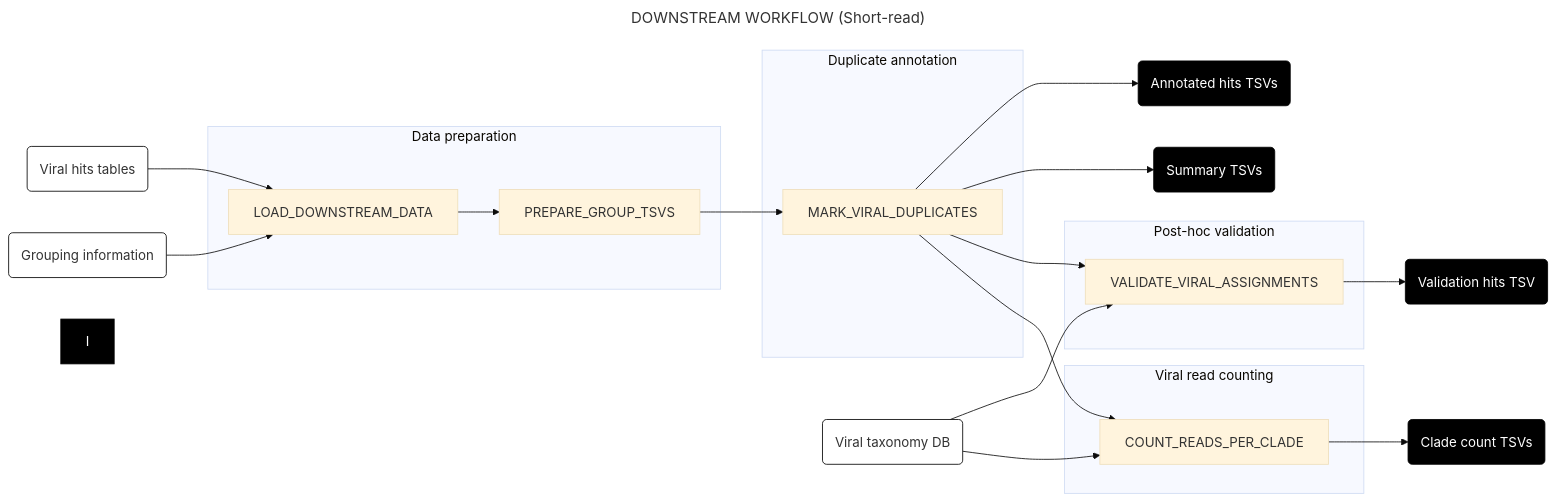
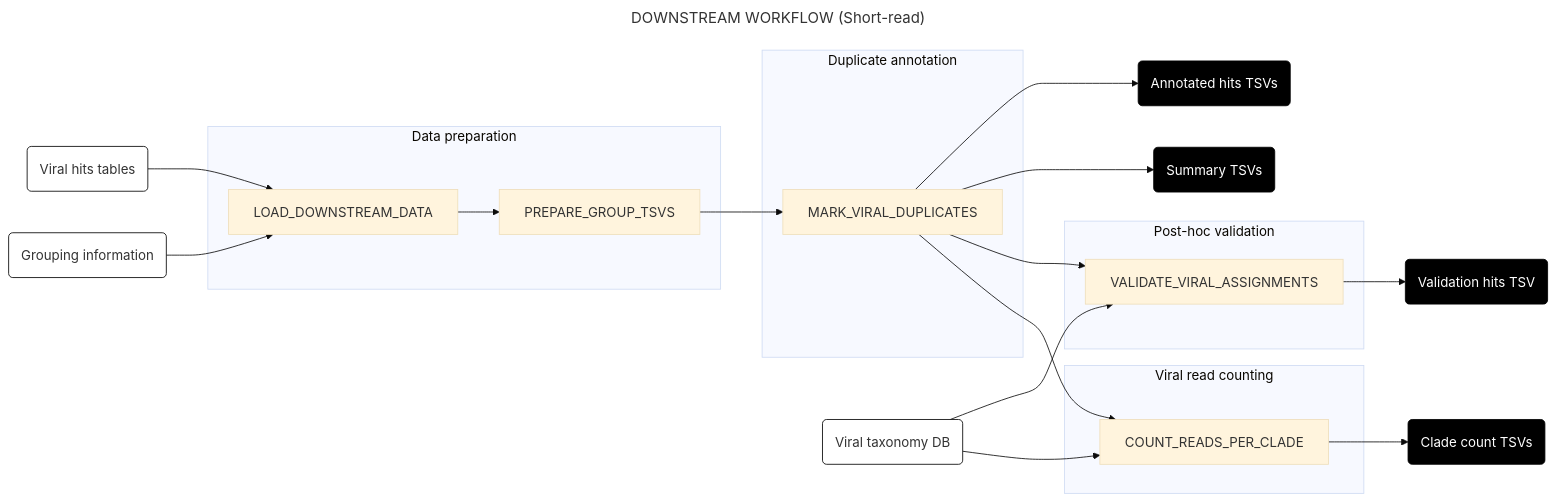
One commit to securebio/nao-mgs-workflow changed the first of 10 diagrams in docs/downstream.md. Above: the diagram before and after it, drawn with Mermaid (base theme). The commit also changed other lines of this file and 2 other files, not shown here.

Commit message:
minor fixes.

````diff
--- a/docs/downstream.md
+++ b/docs/downstream.md
@@ -15,40 +15,39 @@
 ```mermaid
 ---
 title: DOWNSTREAM WORKFLOW (Short-read)
 config:
   layout: horizontal
 ---
 flowchart LR
 A(Viral hits tables) & B(Grouping information) --> C[LOAD_DOWNSTREAM_DATA]
 C --> D[PREPARE_GROUP_TSVS]
 D --> E[MARK_VIRAL_DUPLICATES]
 E --> J(Annotated hits TSVs)
 E --> K(Summary TSVs)
 E --> F[VALIDATE_VIRAL_ASSIGNMENTS]
 G(Viral taxonomy DB) --> F
 F --> H(Validation hits TSV)
 G --> L[COUNT_READS_PER_CLADE]
 E --> L
 L --> M(Clade count TSVs)
 subgraph "Data preparation"
 C
 D
 end
 subgraph "Duplicate annotation"
 E
 end
 subgraph "Post-hoc validation"
 F
 end
 subgraph "Viral read counting"
 L
 end
 style A fill:#fff,stroke:#000
 style B fill:#fff,stroke:#000
 style G fill:#fff,stroke:#000
 style H fill:#000,color:#fff,stroke:#000
-style I fill:#000,color:#fff,stroke:#000
 style J fill:#000,color:#fff,stroke:#000
 style K fill:#000,color:#fff,stroke:#000
 style M fill:#000,color:#fff,stroke:#000
 ```
````
